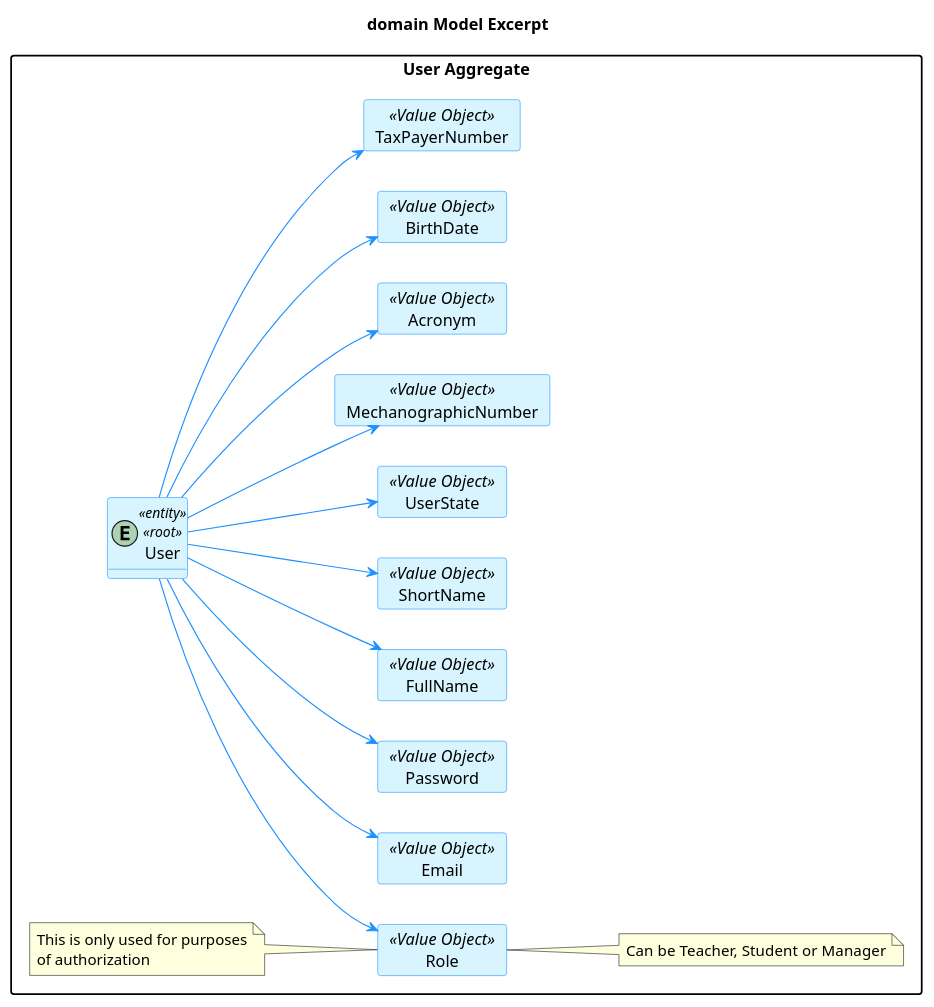
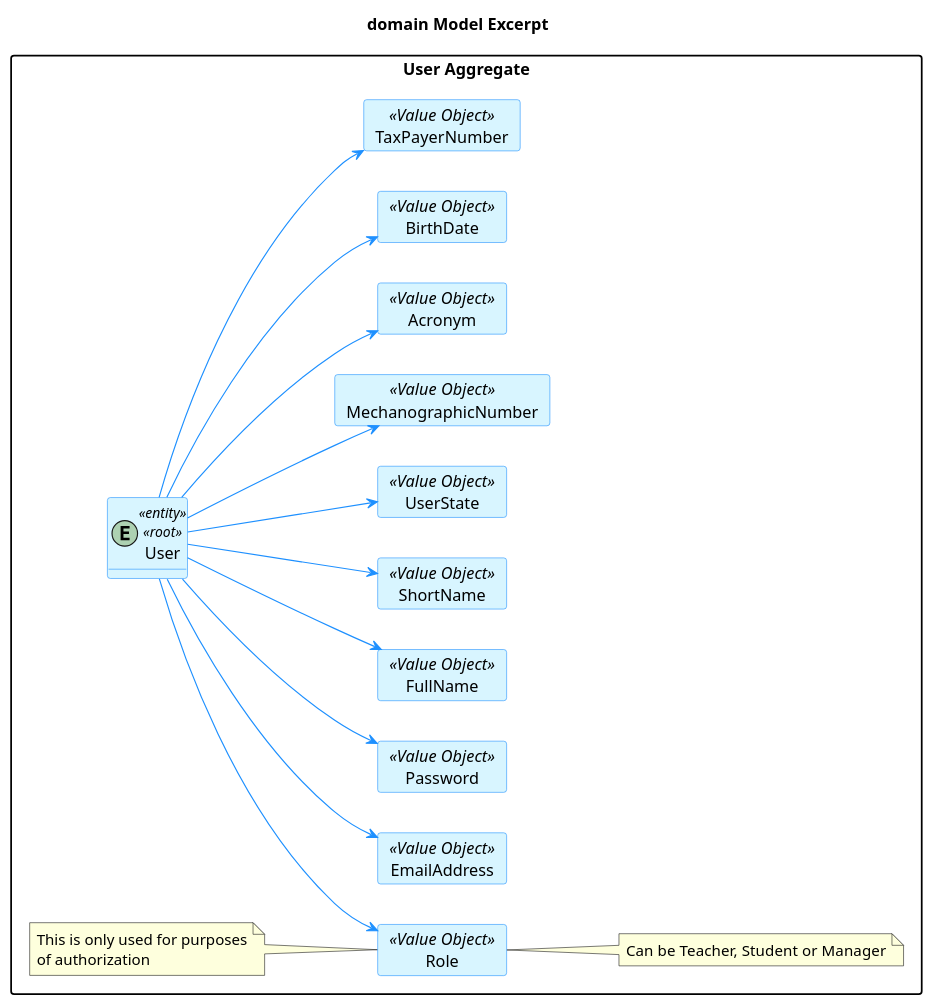
The diagram in docs/SPRINT A/US_G006/Analysis/DomainModel.puml (brunacosta03/sem4pi_22_23), drawn with PlantUML before and after one commit. The commit also changed 27 other files, not shown here.

```diff
--- a/docs/SPRINT A/US_G006/Analysis/DomainModel.puml
+++ b/docs/SPRINT A/US_G006/Analysis/DomainModel.puml
@@ -1,71 +1,71 @@
 @startuml
 
 title domain Model Excerpt
 
 hide methods
 left to right direction
 
 skinparam classAttributeIconSize 0
 
 skinparam class {
     LifeLineBorderColor DodgerBlue
     LifeLineBackgroundColor APPLICATION
     BackgroundColor #D8F5FF
     ArrowColor DodgerBlue
     BorderColor DodgerBlue
 }
 
 skinparam packageStyle rectangle
 
 skinparam card {
     LifeLineBorderColor DodgerBlue
     LifeLineBackgroundColor APPLICATION
     BackgroundColor #D8F5FF
     ArrowColor DodgerBlue
     BorderColor DodgerBlue
 }
 
 package "User Aggregate" {
     entity User <<entity>><<root>>
 
 'User value objects
-    card Email <<Value Object>>{
+    card EmailAddress <<Value Object>>{
     }
     card Password <<Value Object>>{
     }
     card FullName <<Value Object>>{
     }
     card ShortName <<Value Object>>{
     }
     card UserState <<Value Object>>{
     }
     card MechanographicNumber <<Value Object>>{
     }
     card Acronym <<Value Object>> {
     }
     card BirthDate <<Value Object>> {
     }
     card TaxPayerNumber <<Value Object>> {
     }
     card Role <<Value Object>> {
     }
     note right of Role: Can be Teacher, Student or Manager
 
-    User --> Email
+    User --> EmailAddress
     User --> Password
     User --> FullName
     User --> ShortName
     User --> Role
     User --> UserState
     User --> MechanographicNumber
     User --> Acronym
     User --> BirthDate
     User --> TaxPayerNumber
 
     note left of Role
         This is only used for purposes
         of authorization
     end note
 }
 
 @enduml
```
